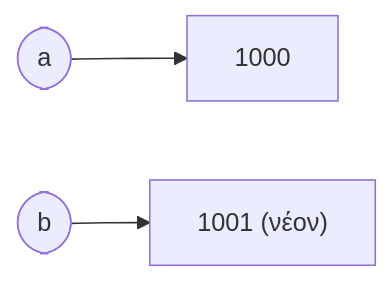
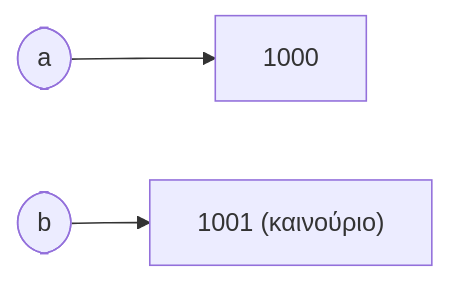
Before and after one commit to zafeirakopoulos/pliroforiki: the third of 5 diagrams in week1.qmd, drawn with Mermaid. The commit also changed other lines of this file, not shown here.

````diff
--- a/week1.qmd
+++ b/week1.qmd
@@ -233,5 +233,5 @@
 ```{mermaid}
 flowchart LR
     a(["a"]) --> obj1["1000"]
-    b(["b"]) --> obj2["1001 (νέον)"]
+    b(["b"]) --> obj2["1001 (καινούριο)"]
 ```
````
